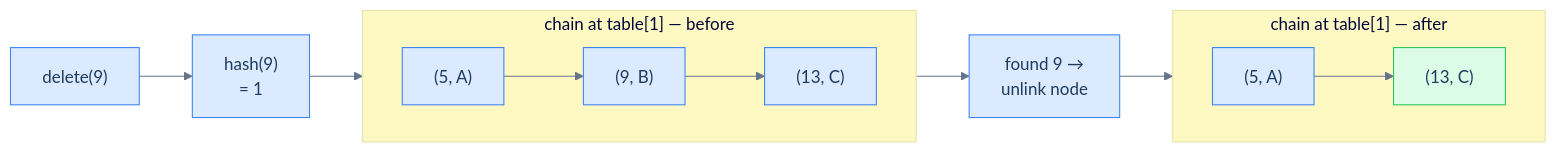
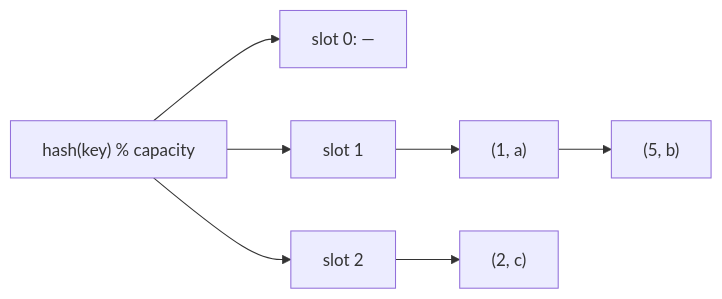
Before and after one commit to ani2fun/codefolio: the diagram in content/cortex/data-structures-and-algorithms/02-linear-structures/07-hash-table/02-separate-chaining.md, drawn with Mermaid. The commit also changed other lines of this file and 1049 other files, not shown here.

````diff
--- a/content/cortex/data-structures-and-algorithms/02-linear-structures/07-hash-table/02-separate-chaining.md
+++ b/content/cortex/data-structures-and-algorithms/02-linear-structures/07-hash-table/02-separate-chaining.md
@@ -880,27 +56,8 @@
 ```mermaid
----
-config:
-  theme: base
-  themeVariables:
-    primaryColor: "#dbeafe"
-    primaryBorderColor: "#3b82f6"
-    primaryTextColor: "#1e3a5f"
-    lineColor: "#64748b"
-    secondaryColor: "#ede9fe"
-    tertiaryColor: "#fef9c3"
----
 flowchart LR
-    Q["delete(9)"] --> H["hash(9)<br/>= 1"]
-    H --> CHAIN
-    subgraph CHAIN["chain at table[1] — before"]
-        direction LR
-        N1["(5, A)"] --> N2["(9, B)"] --> N3["(13, C)"]
-    end
-    N2 --> ACT["found 9 →<br/>unlink node"]
-    ACT --> AFTER
-    subgraph AFTER["chain at table[1] — after"]
-        direction LR
-        M1["(5, A)"] --> M3["(13, C)"]
-    end
-    style M3 fill:#dcfce7,stroke:#22c55e
+  H["hash(key) % capacity"] --> S0["slot 0: —"]
+  H --> S1["slot 1"]
+  H --> S2["slot 2"]
+  S1 --> C1["(1, a)"] --> C2["(5, b)"]
+  S2 --> C3["(2, c)"]
 ```
````
